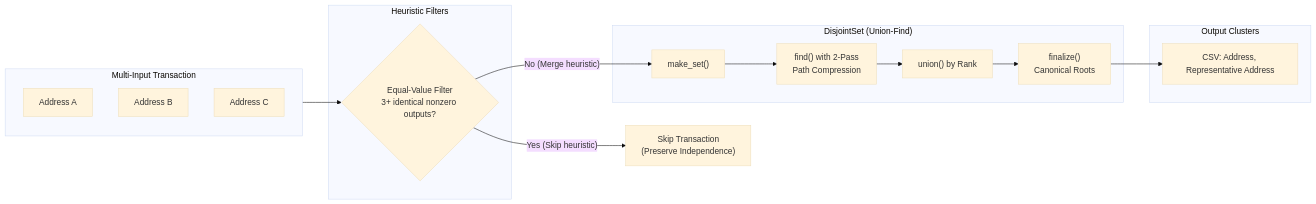
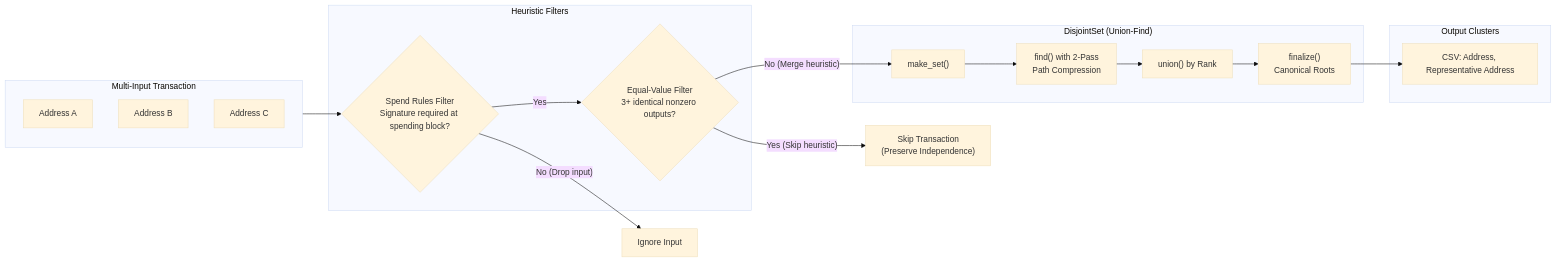
Before and after one commit to mikispag/bitiodine: the third of 3 diagrams in README.md, drawn with Mermaid (base theme). The commit also changed other lines of this file and 7 other files, not shown here.

````diff
--- a/README.md
+++ b/README.md
@@ -288,31 +288,34 @@
 ```mermaid
 flowchart LR
     subgraph Inputs["Multi-Input Transaction"]
         IN1["Address A"]
         IN2["Address B"]
         IN3["Address C"]
     end
 
     subgraph Filter["Heuristic Filters"]
+        AUTH{"Spend Rules Filter<br/>Signature required at spending block?"}
         CJ{"Equal-Value Filter<br/>3+ identical nonzero outputs?"}
     end
 
     subgraph UnionFind["DisjointSet (Union-Find)"]
         MAKE["make_set()"]
         FIND["find() with 2-Pass<br/>Path Compression"]
         UNION["union() by Rank"]
         FIN["finalize()<br/>Canonical Roots"]
     end
 
     subgraph Output["Output Clusters"]
         CLUSTER["CSV: Address, Representative Address"]
     end
 
-    Inputs --> CJ
+    Inputs --> AUTH
+    AUTH -- "No (Drop input)" --> DROP["Ignore Input"]
+    AUTH -- "Yes" --> CJ
     CJ -- "Yes (Skip heuristic)" --> SKIP["Skip Transaction<br/>(Preserve Independence)"]
     CJ -- "No (Merge heuristic)" --> MAKE
     MAKE --> FIND
     FIND --> UNION
     UNION --> FIN
     FIN --> CLUSTER
 ```
````
